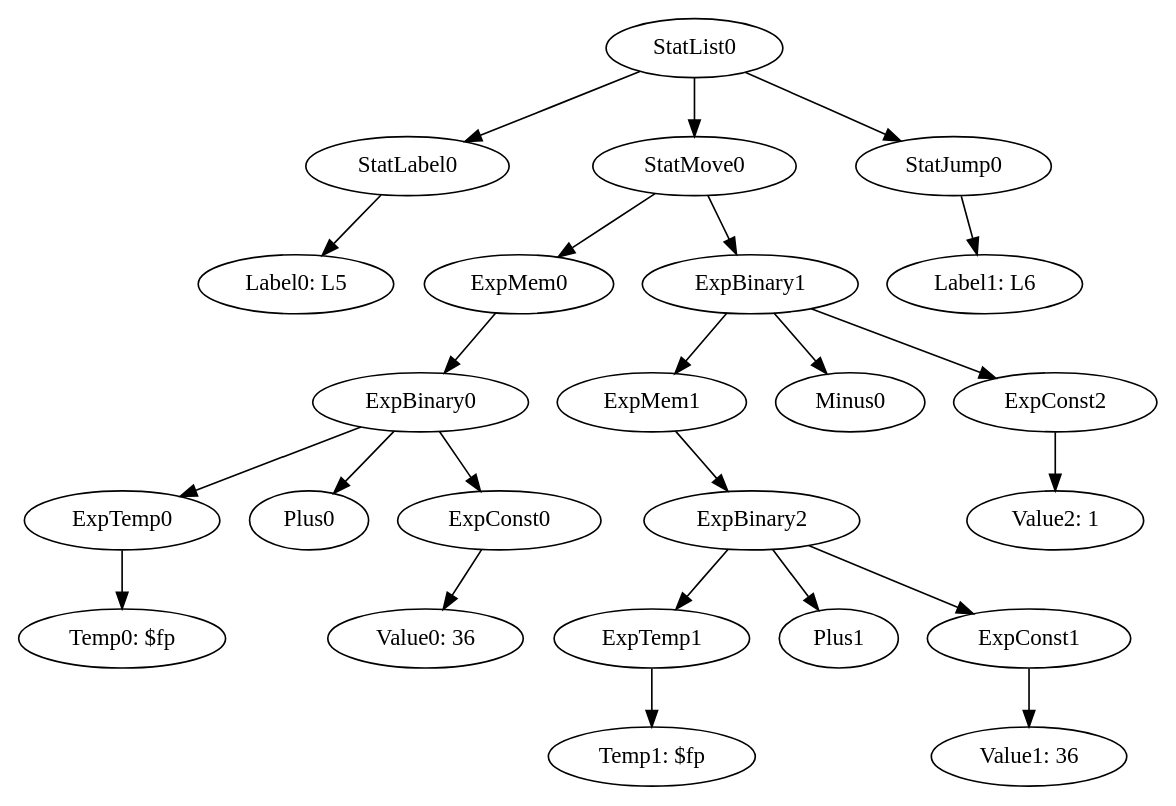
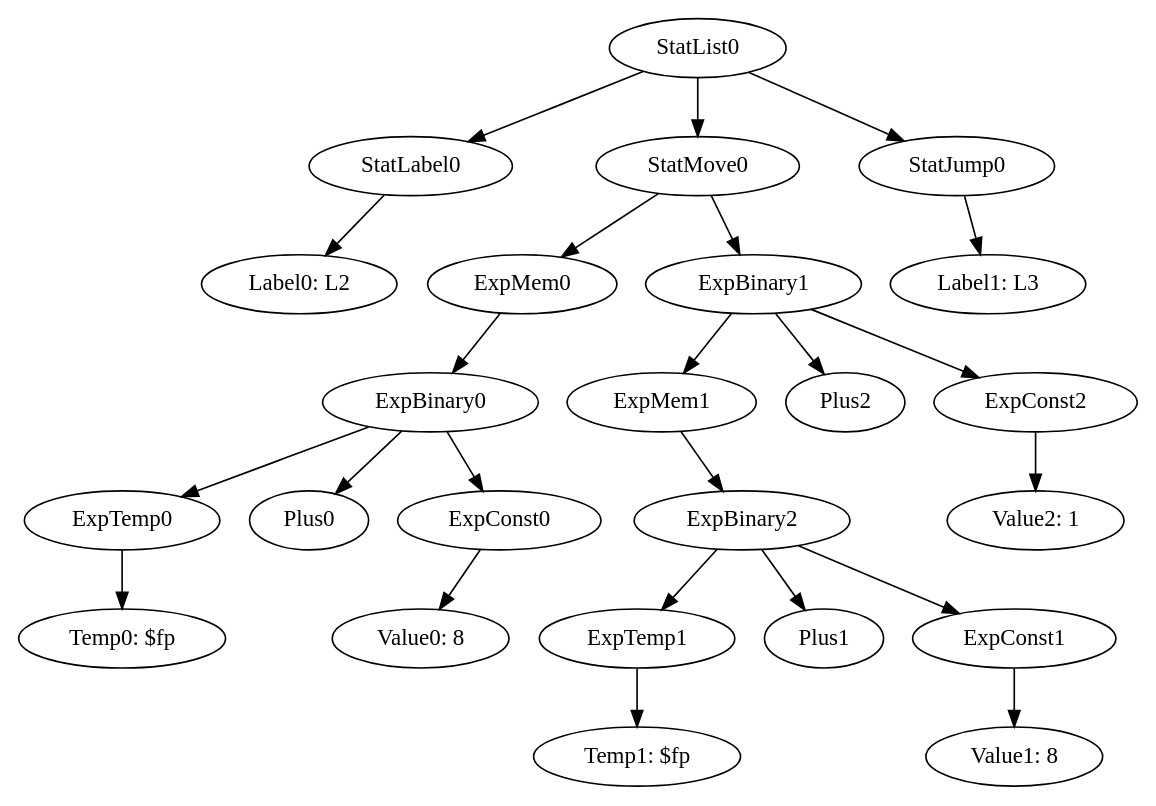
The diagram in MiniJava/results/SamplesCorrect/BubbleSort/BBS@Sort/blocks/8.gv (team-compilers/compilers), drawn with Graphviz before and after one commit. The commit also changed 569 other files, not shown here.

```diff
--- a/MiniJava/results/SamplesCorrect/BubbleSort/BBS@Sort/blocks/8.gv
+++ b/MiniJava/results/SamplesCorrect/BubbleSort/BBS@Sort/blocks/8.gv
@@ -1,26 +1,26 @@
 digraph {
 	ordering = out;
-	StatJump0 -> "Label1: L6";
+	StatJump0 -> "Label1: L3";
 	ExpConst2 -> "Value2: 1";
 	ExpBinary0 -> ExpTemp0;
 	ExpBinary0 -> Plus0;
 	ExpBinary0 -> ExpConst0;
 	StatMove0 -> ExpMem0;
 	StatMove0 -> ExpBinary1;
 	ExpBinary2 -> ExpTemp1;
 	ExpBinary2 -> Plus1;
 	ExpBinary2 -> ExpConst1;
 	ExpTemp0 -> "Temp0: $fp";
 	StatList0 -> StatLabel0;
 	StatList0 -> StatMove0;
 	StatList0 -> StatJump0;
-	StatLabel0 -> "Label0: L5";
+	StatLabel0 -> "Label0: L2";
 	ExpMem1 -> ExpBinary2;
-	ExpConst0 -> "Value0: 36";
+	ExpConst0 -> "Value0: 8";
 	ExpBinary1 -> ExpMem1;
-	ExpBinary1 -> Minus0;
+	ExpBinary1 -> Plus2;
 	ExpBinary1 -> ExpConst2;
 	ExpMem0 -> ExpBinary0;
 	ExpTemp1 -> "Temp1: $fp";
-	ExpConst1 -> "Value1: 36";
+	ExpConst1 -> "Value1: 8";
 }
```
